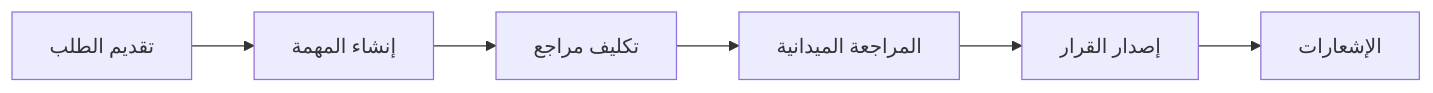
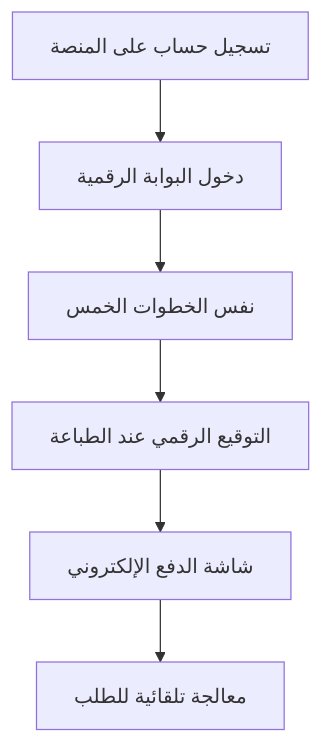
The second of 3 diagrams in architecture_analysis.md (SADDAMSER/BaladyClone), drawn with Mermaid before and after one commit. The commit also changed other lines of this file and 5 other files, not shown here.

First line of the commit message:
Update architectural analysis and project roadmap to reflect user journey

````diff
--- a/architecture_analysis.md
+++ b/architecture_analysis.md
@@ -279,8 +298,8 @@
 ```mermaid
-graph LR
-    A[تقديم الطلب] --> B[إنشاء المهمة]
-    B --> C[تكليف مراجع] 
-    C --> D[المراجعة الميدانية]
-    D --> E[إصدار القرار]
-    E --> F[الإشعارات]
+graph TD
+    A[تسجيل حساب على المنصة] --> B[دخول البوابة الرقمية]
+    B --> C[نفس الخطوات الخمس] 
+    C --> D[التوقيع الرقمي عند الطباعة]
+    D --> E[شاشة الدفع الإلكتروني]
+    E --> F[معالجة تلقائية للطلب]
 ```
````
